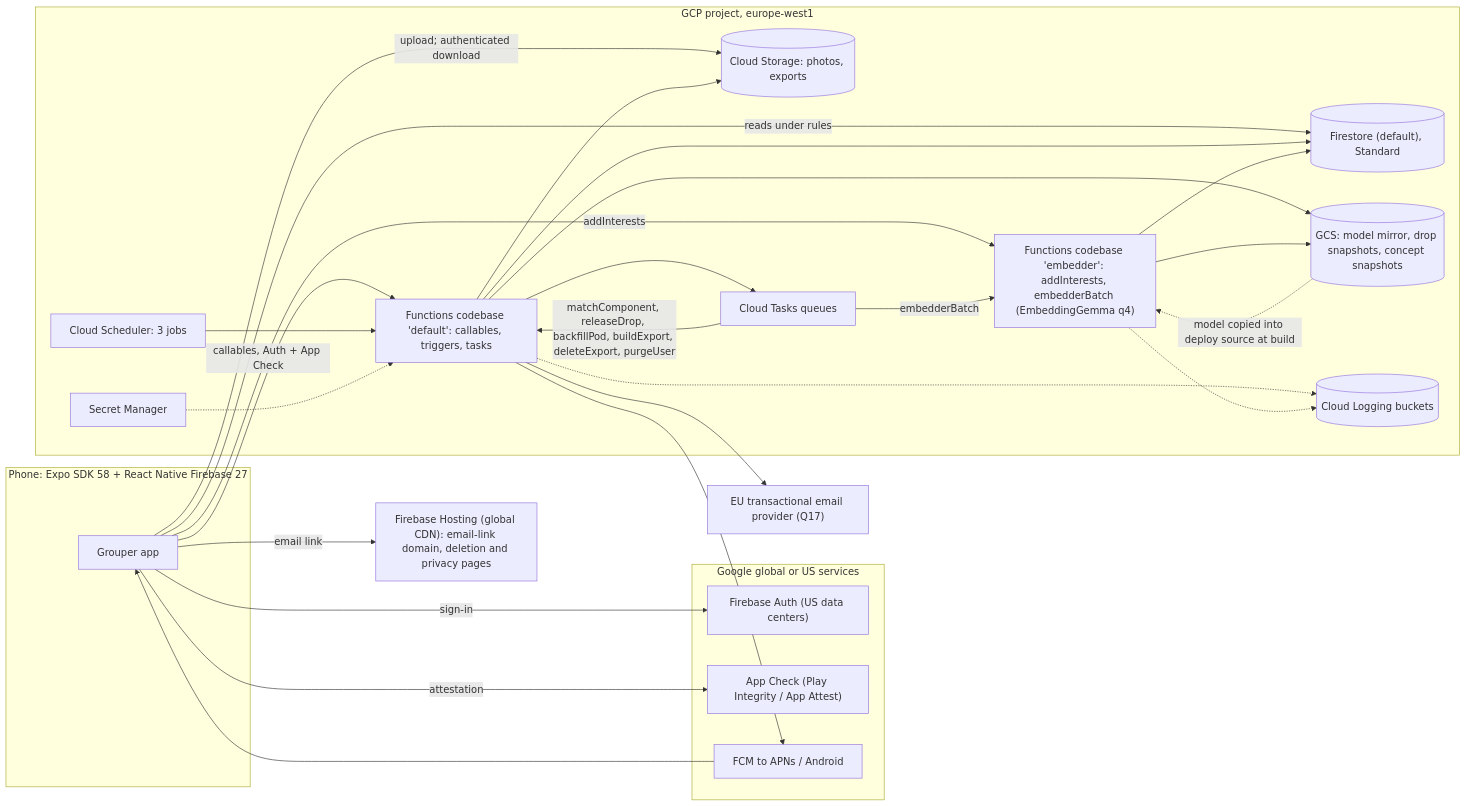
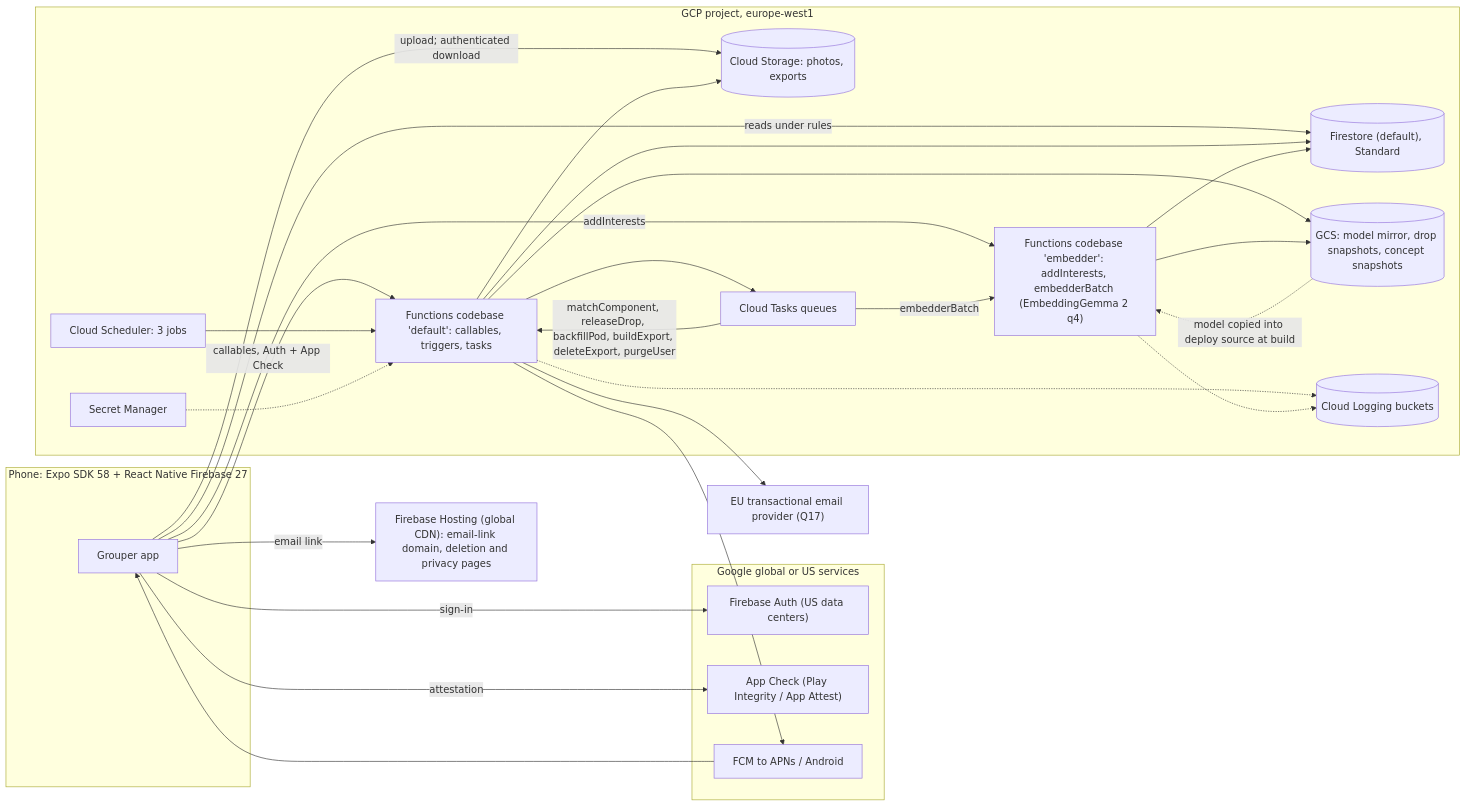
One commit to ffMathy/friendpod changed the diagram in docs/DESIGN.md. Above: the diagram before and after it, drawn with Mermaid. The commit also changed other lines of this file and 26 other files, not shown here.

First line of the commit message:
research: calibrate EmbeddingGemma 2 and adopt it for interest matching

````diff
--- a/docs/DESIGN.md
+++ b/docs/DESIGN.md
@@ -677,47 +681,47 @@
 ```mermaid
 flowchart LR
   subgraph Phone["Phone: Expo SDK 58 + React Native Firebase 27"]
     APP["Grouper app"]
   end
   subgraph G["Google global or US services"]
     AUTH["Firebase Auth (US data centers)"]
     AC["App Check (Play Integrity / App Attest)"]
     FCM["FCM to APNs / Android"]
   end
   subgraph EU["GCP project, europe-west1"]
     FS[("Firestore (default), Standard")]
     ST[("Cloud Storage: photos, exports")]
     API["Functions codebase 'default': callables, triggers, tasks"]
-    EMB["Functions codebase 'embedder': addInterests, embedderBatch (EmbeddingGemma q4)"]
+    EMB["Functions codebase 'embedder': addInterests, embedderBatch (EmbeddingGemma 2 q4)"]
     SCH["Cloud Scheduler: 3 jobs"]
     CT["Cloud Tasks queues"]
     SM["Secret Manager"]
     GCS[("GCS: model mirror, drop snapshots, concept snapshots")]
     LOG[("Cloud Logging buckets")]
   end
   HOST["Firebase Hosting (global CDN): email-link domain, deletion and privacy pages"]
   MAIL["EU transactional email provider (Q17)"]
   APP -->|sign-in| AUTH
   APP -->|"email link"| HOST
   APP -->|attestation| AC
   APP -->|"reads under rules"| FS
   APP -->|"callables, Auth + App Check"| API
   APP -->|addInterests| EMB
   APP -->|"upload; authenticated download"| ST
   SCH --> API
   API --> CT
   CT -->|"matchComponent, releaseDrop, backfillPod, buildExport, deleteExport, purgeUser"| API
   CT -->|embedderBatch| EMB
   API --> FS
   API --> ST
   API --> GCS
   API --> FCM
   API --> MAIL
   FCM --> APP
   EMB --> FS
   EMB --> GCS
   API -.-> LOG
   EMB -.-> LOG
   SM -.-> API
   GCS -.->|"model copied into deploy source at build"| EMB
 ```
````
